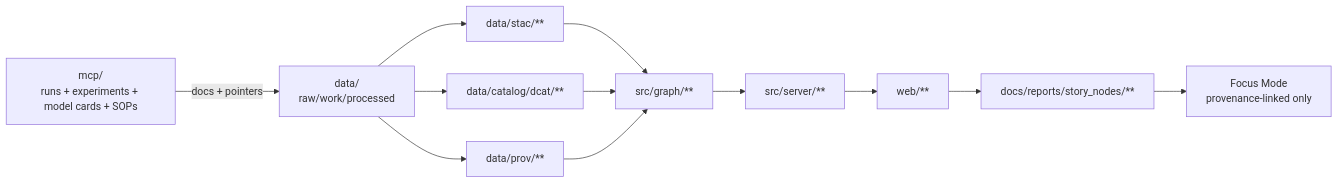
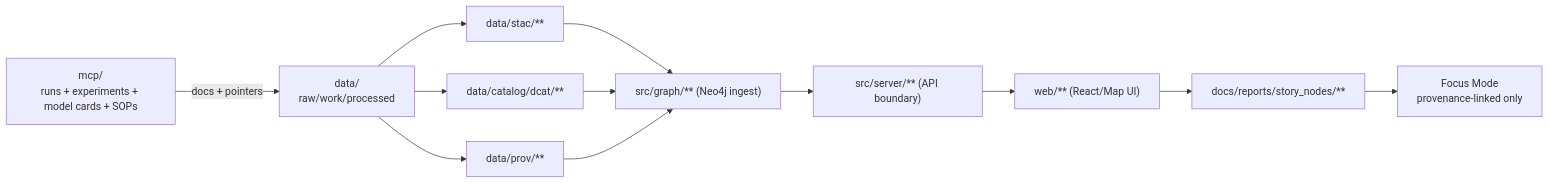
One commit to bartytime4life/Kansas-Frontier-Matrix changed the first of 2 diagrams in mcp/README.md. Above: the diagram before and after it, drawn with Mermaid. The commit also changed other lines of this file, not shown here.

```diff
--- a/mcp/README.md
+++ b/mcp/README.md
@@ -289,16 +247,16 @@
 ~~~mermaid
 flowchart LR
   MCP["mcp/<br/>runs + experiments + model cards + SOPs"] -->|docs + pointers| DATA["data/<br/>raw/work/processed"]
   DATA --> STAC["data/stac/**"]
   DATA --> DCAT["data/catalog/dcat/**"]
   DATA --> PROV["data/prov/**"]
 
-  STAC --> GRAPH["src/graph/**"]
+  STAC --> GRAPH["src/graph/** (Neo4j ingest)"]
   DCAT --> GRAPH
   PROV --> GRAPH
 
-  GRAPH --> API["src/server/**"]
-  API --> UI["web/**"]
+  GRAPH --> API["src/server/** (API boundary)"]
+  API --> UI["web/** (React/Map UI)"]
   UI --> SN["docs/reports/story_nodes/**"]
   SN --> FM["Focus Mode<br/>provenance-linked only"]
 ~~~
```
